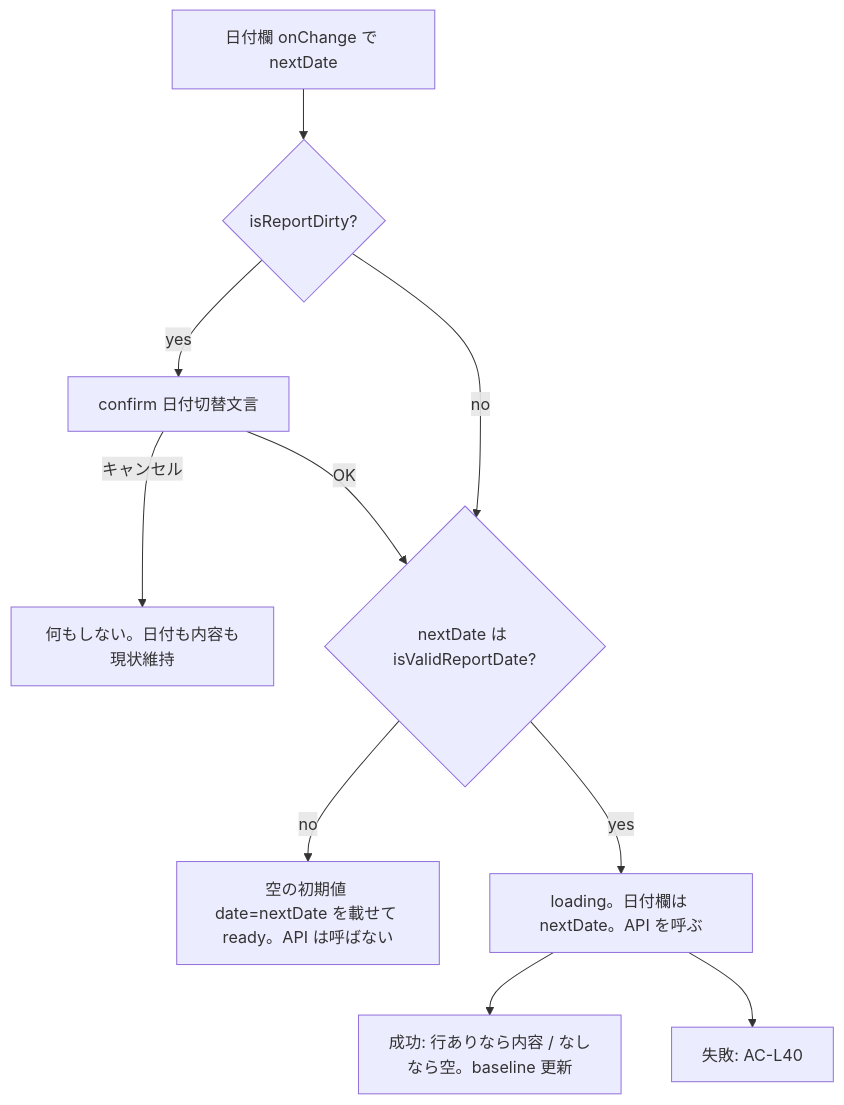
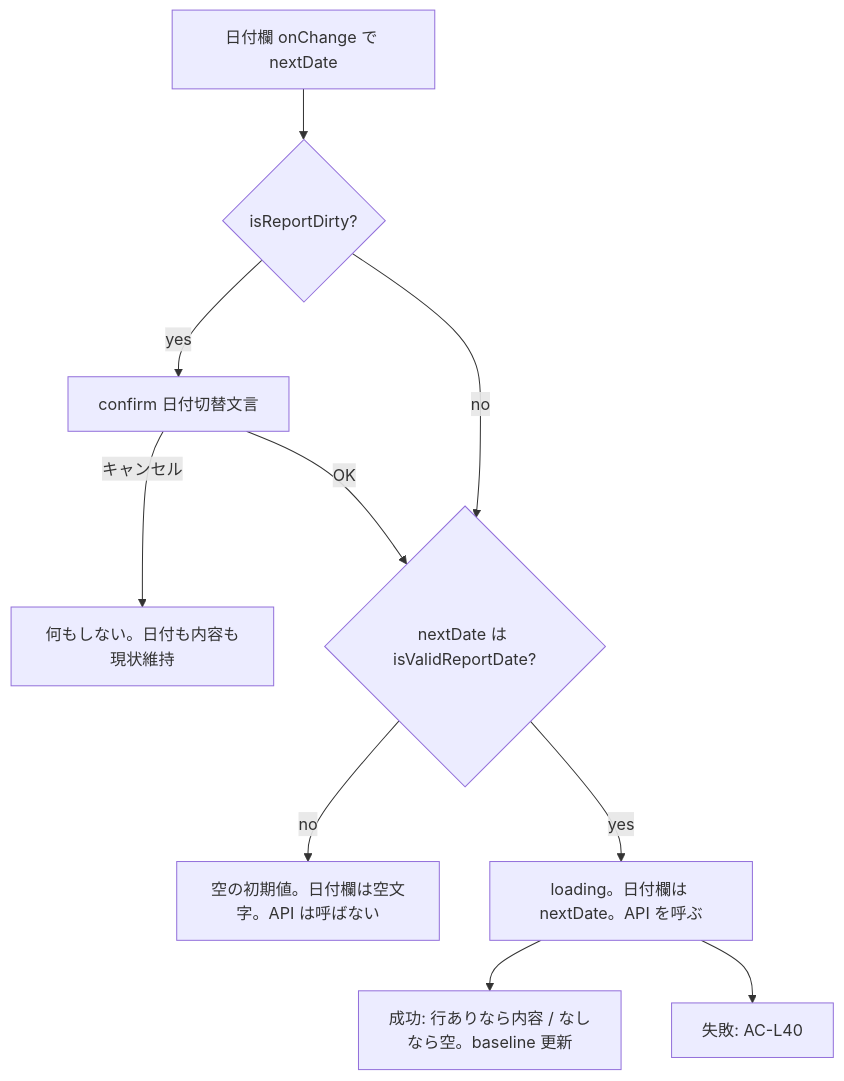
The second of 2 diagrams in docs/設計/日報の自動読み込み/日報の自動読み込み_設計書.md (KenichiMatsumoto123/work-hub), drawn with Mermaid before and after one commit. The commit also changed other lines of this file and 1 other file, not shown here.

````diff
--- a/docs/設計/日報の自動読み込み/日報の自動読み込み_設計書.md
+++ b/docs/設計/日報の自動読み込み/日報の自動読み込み_設計書.md
@@ -172,12 +191,12 @@
 ```mermaid
 flowchart TD
   A[ 日付欄 onChange で nextDate ] --> B{ isReportDirty? }
   B -->|yes| C[ confirm 日付切替文言 ]
   C -->|キャンセル| D[ 何もしない。日付も内容も現状維持 ]
   C -->|OK| E{ nextDate は isValidReportDate? }
   B -->|no| E
-  E -->|no| F[ 空の初期値 date=nextDate を載せて ready。API は呼ばない ]
+  E -->|no| F[ 空の初期値。日付欄は空文字。API は呼ばない ]
   E -->|yes| G[ loading。日付欄は nextDate。API を呼ぶ ]
   G --> H[ 成功: 行ありなら内容 / なしなら空。baseline 更新 ]
   G --> I[ 失敗: AC-L40 ]
 ```
````
